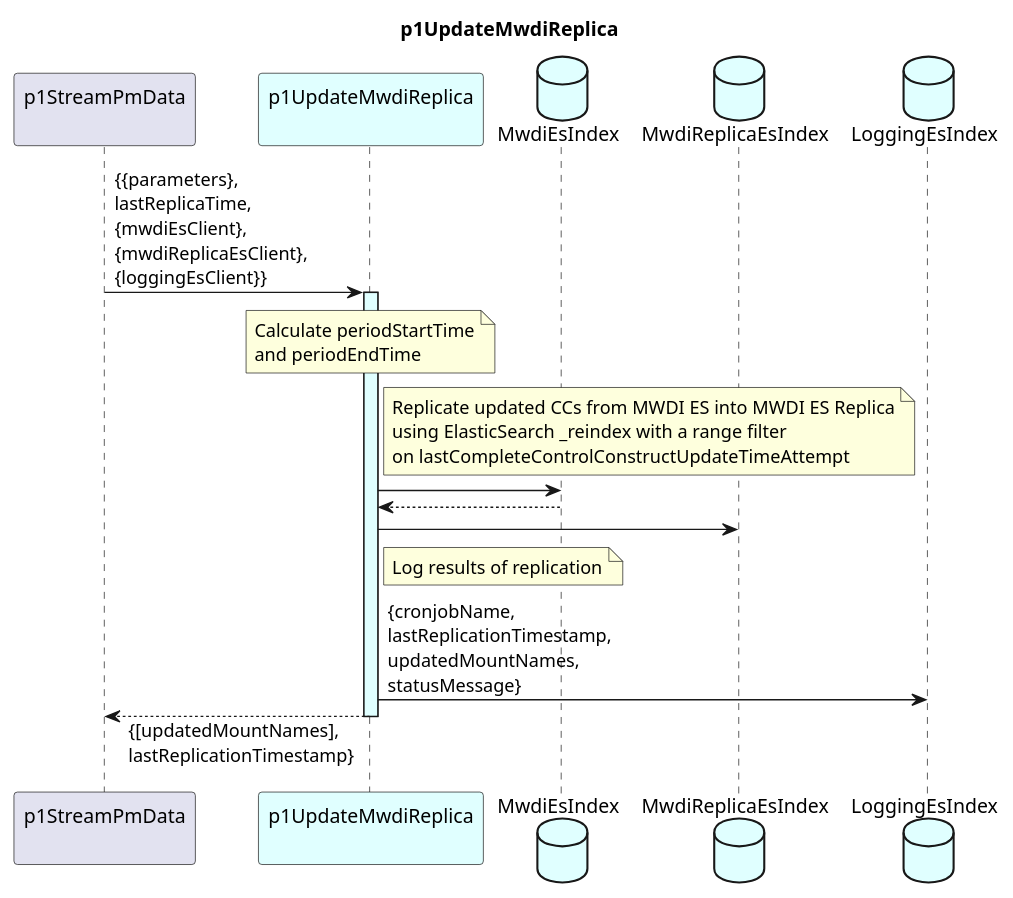
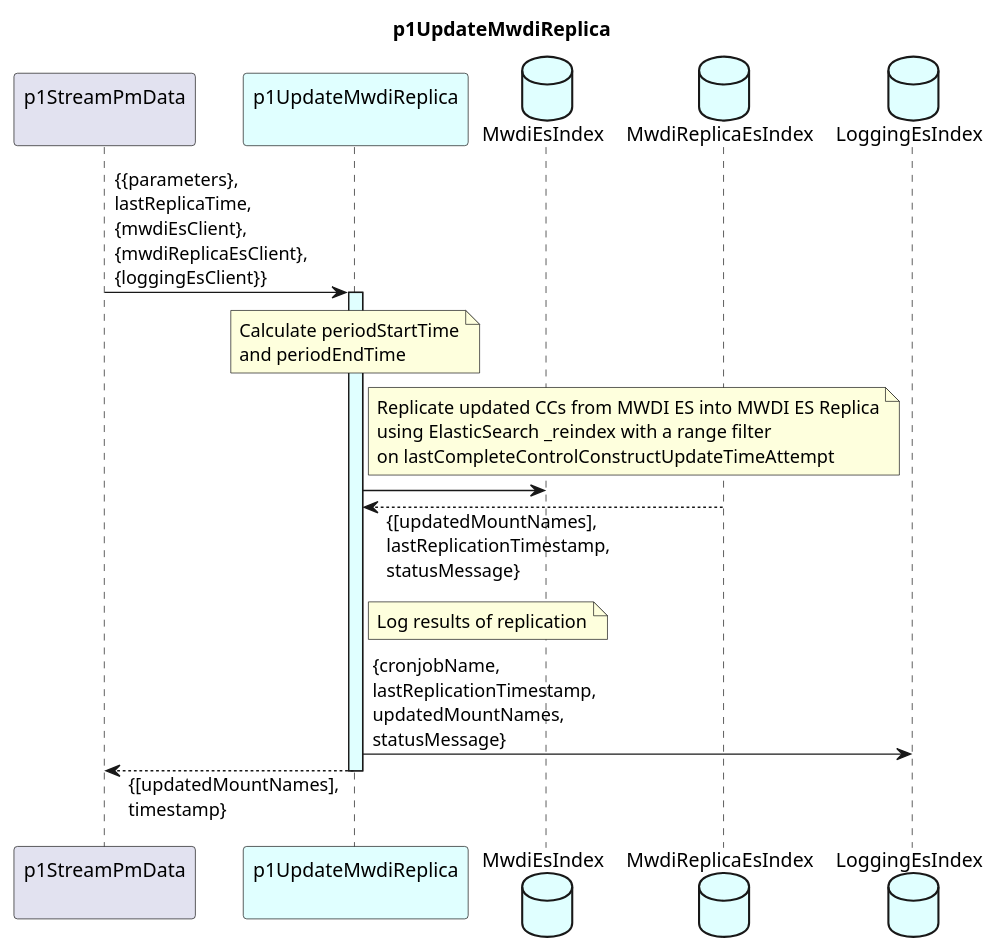
One commit to openBackhaul/DevicePerformanceManagementDataProcessor changed the diagram in spec/Functions/specificFunctions/p1StreamPmData/p1UpdateMwdiReplica/1.0.0/p1UpdateMwdiReplica.plantuml. Above: the diagram before and after it, drawn with PlantUML. The commit also changed 9 other files, not shown here.

Commit message:
Finalize p1UpdateMwdiReplica

```diff
--- a/spec/Functions/specificFunctions/p1StreamPmData/p1UpdateMwdiReplica/1.0.0/p1UpdateMwdiReplica.plantuml
+++ b/spec/Functions/specificFunctions/p1StreamPmData/p1UpdateMwdiReplica/1.0.0/p1UpdateMwdiReplica.plantuml
@@ -1,40 +1,39 @@
 @startuml p1UpdateMwdiReplica
 skinparam responseMessageBelowArrow true
 
 title
   p1UpdateMwdiReplica
 end title
 
 participant "p1StreamPmData\n" as p1SPMD
 participant "p1UpdateMwdiReplica\n" as p1UMWR #LightCyan
 database "MwdiEsIndex" as mwdiEs #LightCyan
 database "MwdiReplicaEsIndex" as mwdiReplicaEs #LightCyan
 database "LoggingEsIndex" as log #LightCyan
 
 p1SPMD -> p1UMWR : {{parameters},\nlastReplicaTime,\n{mwdiEsClient},\n{mwdiReplicaEsClient},\n{loggingEsClient}}
 activate p1UMWR #LightCyan
 
   note over p1UMWR
     Calculate periodStartTime
     and periodEndTime
   end note
 
   note right p1UMWR
     Replicate updated CCs from MWDI ES into MWDI ES Replica
     using ElasticSearch _reindex with a range filter
     on lastCompleteControlConstructUpdateTimeAttempt
   end note
   p1UMWR -> mwdiEs
-  p1UMWR <-- mwdiEs
-  p1UMWR -> mwdiReplicaEs
+  p1UMWR <-- mwdiReplicaEs : {[updatedMountNames],\nlastReplicationTimestamp,\nstatusMessage}
 
   note right p1UMWR
     Log results of replication
   end note
   p1UMWR -> log : {cronjobName,\nlastReplicationTimestamp,\nupdatedMountNames,\nstatusMessage}
 
 
-p1SPMD <-- p1UMWR : {[updatedMountNames],\nlastReplicationTimestamp}
+p1SPMD <-- p1UMWR : {[updatedMountNames],\ntimestamp}
 deactivate p1UMWR
 
 @enduml
```
